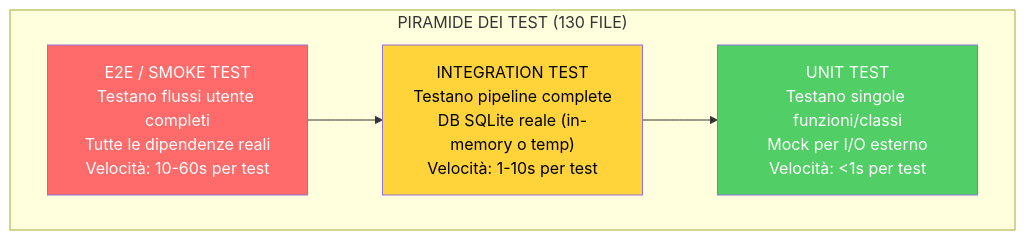
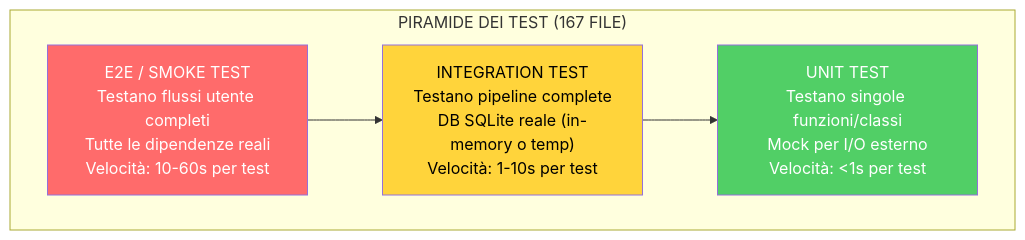
Before and after one commit to renanaugustomacena-ux/Counter-Strike-coach-AI: diagram 40 of 52 in docs/books/Book-Coach-3.md, drawn with Mermaid. The commit also changed other lines of this file and 36 other files, not shown here.

````diff
--- a/docs/books/Book-Coach-3.md
+++ b/docs/books/Book-Coach-3.md
@@ -2165,12 +2230,12 @@
 ```mermaid
 flowchart TB
-    subgraph PYRAMID["PIRAMIDE DEI TEST (130 FILE)"]
+    subgraph PYRAMID["PIRAMIDE DEI TEST (167 FILE)"]
         UNIT["UNIT TEST<br/>Testano singole funzioni/classi<br/>Mock per I/O esterno<br/>Velocità: <1s per test"]
         INTEG["INTEGRATION TEST<br/>Testano pipeline complete<br/>DB SQLite reale (in-memory o temp)<br/>Velocità: 1-10s per test"]
         E2E["E2E / SMOKE TEST<br/>Testano flussi utente completi<br/>Tutte le dipendenze reali<br/>Velocità: 10-60s per test"]
     end
     E2E --> INTEG --> UNIT
     style UNIT fill:#51cf66,color:#fff
     style INTEG fill:#ffd43b,color:#000
     style E2E fill:#ff6b6b,color:#fff
 ```
````
